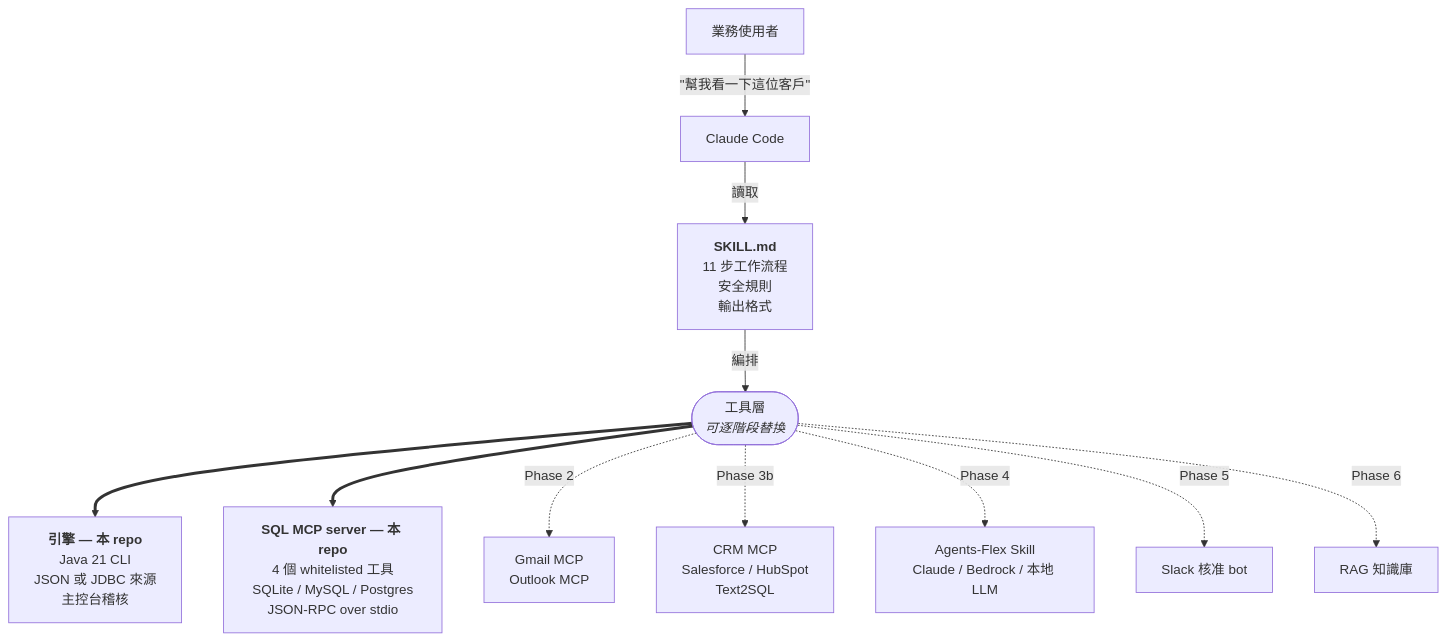
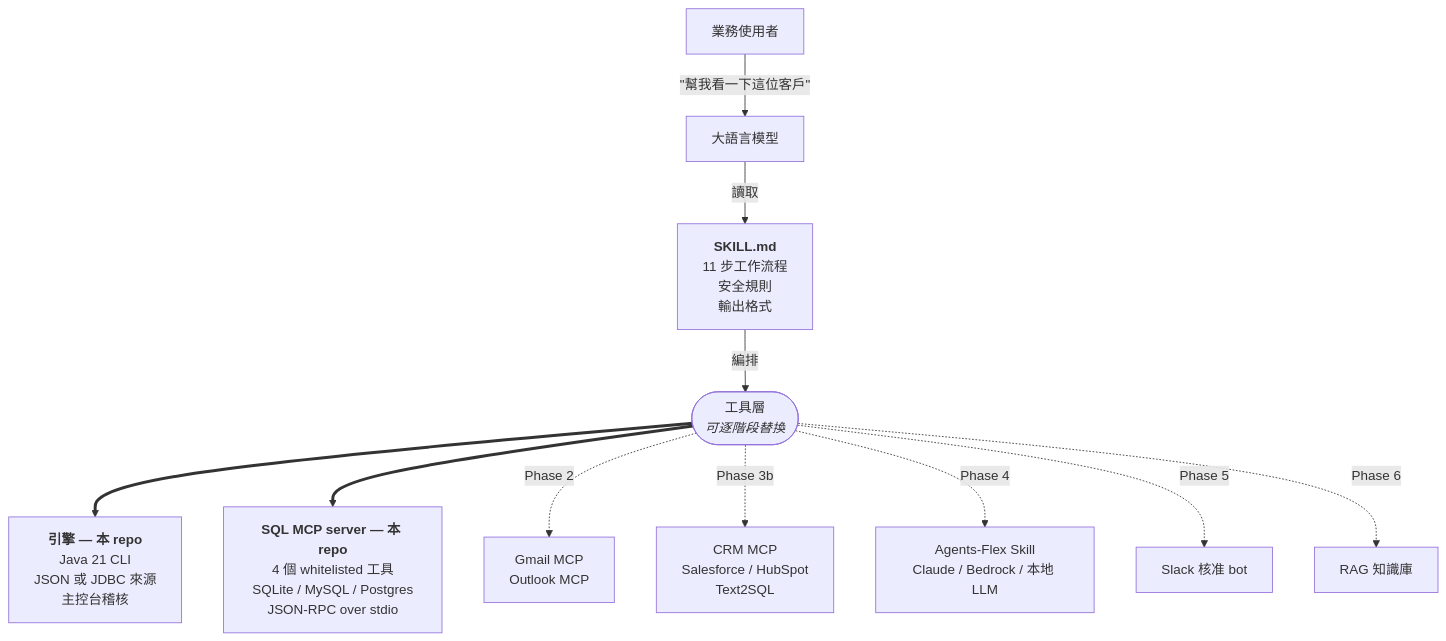
One commit to xup6jammy/Sales-AI changed the first of 3 diagrams in README.zh-TW.md. Above: the diagram before and after it, drawn with Mermaid. The commit also changed other lines of this file and 5 other files, not shown here.

First line of the commit message:
docs: replace Claude Code with LLM in flowchart nodes

````diff
--- a/README.zh-TW.md
+++ b/README.zh-TW.md
@@ -82,14 +82,14 @@
 ```mermaid
 flowchart TD
-    user["業務使用者"] -->|"&quot;幫我看一下這位客戶&quot;"| cc["Claude Code"]
+    user["業務使用者"] -->|"&quot;幫我看一下這位客戶&quot;"| cc["大語言模型"]
     cc -->|讀取| skill["<b>SKILL.md</b><br/>11 步工作流程<br/>安全規則<br/>輸出格式"]
     skill -->|編排| tools(["工具層<br/><i>可逐階段替換</i>"])
 
     tools ==> mvp["<b>引擎 — 本 repo</b><br/>Java 21 CLI<br/>JSON 或 JDBC 來源<br/>主控台稽核"]
     tools ==> mcp["<b>SQL MCP server — 本 repo</b><br/>4 個 whitelisted 工具<br/>SQLite / MySQL / Postgres<br/>JSON-RPC over stdio"]
     tools -.->|Phase 2| email["Gmail MCP<br/>Outlook MCP"]
     tools -.->|Phase 3b| crm["CRM MCP<br/>Salesforce / HubSpot<br/>Text2SQL"]
     tools -.->|Phase 4| llm["Agents-Flex Skill<br/>Claude / Bedrock / 本地 LLM"]
     tools -.->|Phase 5| approve["Slack 核准 bot"]
     tools -.->|Phase 6| rag["RAG 知識庫"]
 ```
````
